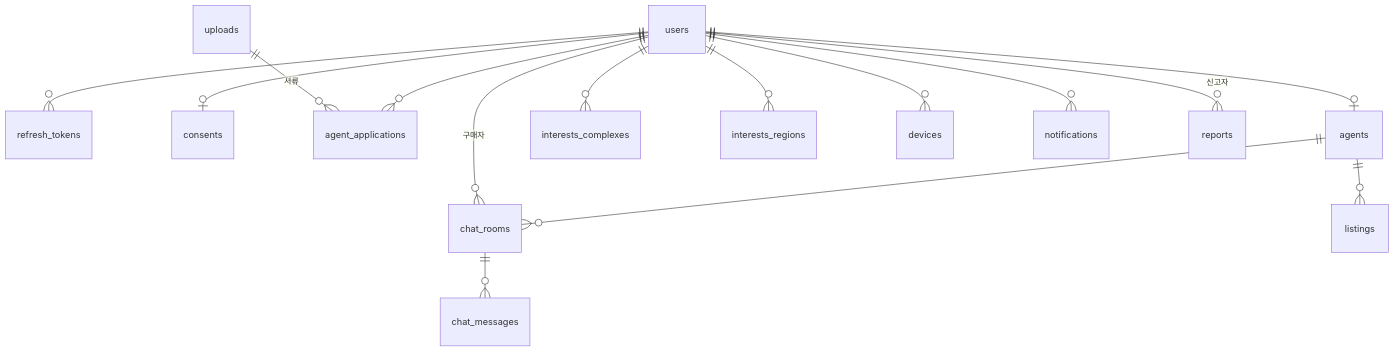
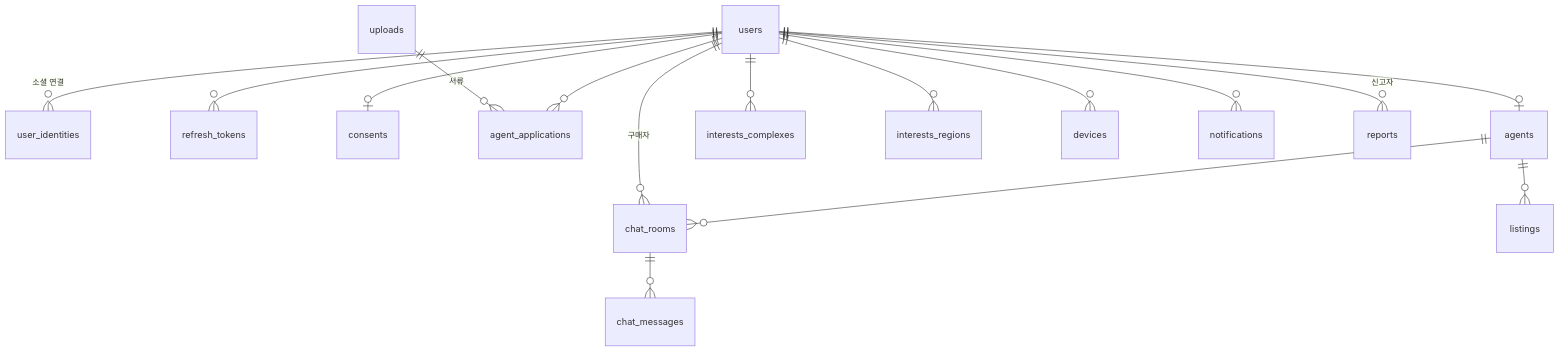
Before and after one commit to pugurin/Pugurin-backend: the second of 2 diagrams in docs/ERD.md, drawn with Mermaid. The commit also changed other lines of this file and 4 other files, not shown here.

First line of the commit message:
문서: 앱 토큰 확인 규칙, 인증 규칙·ERD 갱신

````diff
--- a/docs/ERD.md
+++ b/docs/ERD.md
@@ -500,17 +500,18 @@
 ```mermaid
 erDiagram
+    users ||--o{ user_identities : "소셜 연결"
     users ||--o{ refresh_tokens : ""
     users ||--o| consents : ""
     users ||--o{ agent_applications : ""
     users ||--o| agents : ""
     users ||--o{ interests_complexes : ""
     users ||--o{ interests_regions : ""
     users ||--o{ devices : ""
     users ||--o{ notifications : ""
     users ||--o{ reports : "신고자"
     agents ||--o{ chat_rooms : ""
     users ||--o{ chat_rooms : "구매자"
     chat_rooms ||--o{ chat_messages : ""
     agents ||--o{ listings : ""
     uploads ||--o{ agent_applications : "서류"
 ```
````
